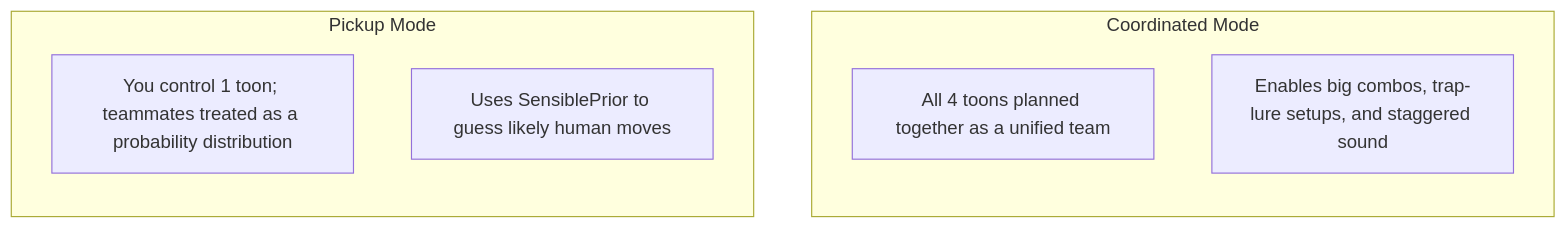
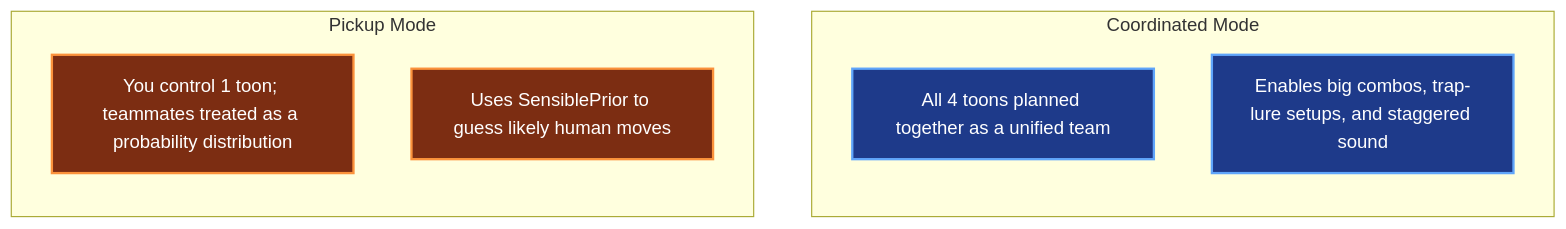
The sixth of 7 diagrams in docs/architecture-review.md (Angle-Brackets/TTRSolver), drawn with Mermaid before and after one commit. The commit also changed other lines of this file and 9 other files, not shown here.

Commit message:
docs: color-code all Mermaid diagrams with distinct visual themes

````diff
--- a/docs/architecture-review.md
+++ b/docs/architecture-review.md
@@ -300,14 +320,20 @@
 ```mermaid
 flowchart TD
+    classDef coordNode fill:#1e3a8a,stroke:#60a5fa,stroke-width:2px,color:#ffffff
+    classDef pickupNode fill:#7c2d12,stroke:#fb923c,stroke-width:2px,color:#ffffff
+
     subgraph CoordinatedMode["Coordinated Mode"]
         direction TB
         C1["All 4 toons planned together as a unified team"]
         C2["Enables big combos, trap-lure setups, and staggered sound"]
     end
 
     subgraph PickupMode["Pickup Mode"]
         direction TB
         P1["You control 1 toon; teammates treated as a probability distribution"]
         P2["Uses SensiblePrior to guess likely human moves"]
     end
+
+    class C1,C2 coordNode
+    class P1,P2 pickupNode
 ```
````
